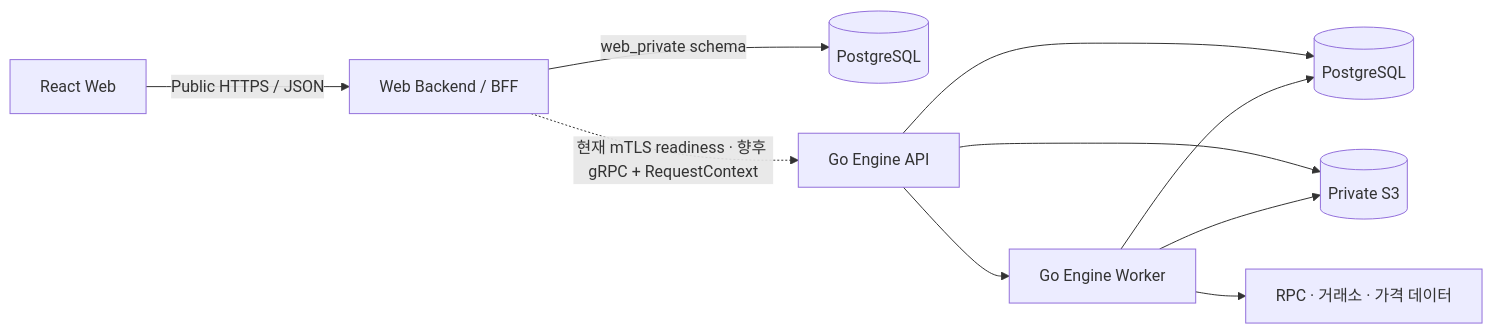
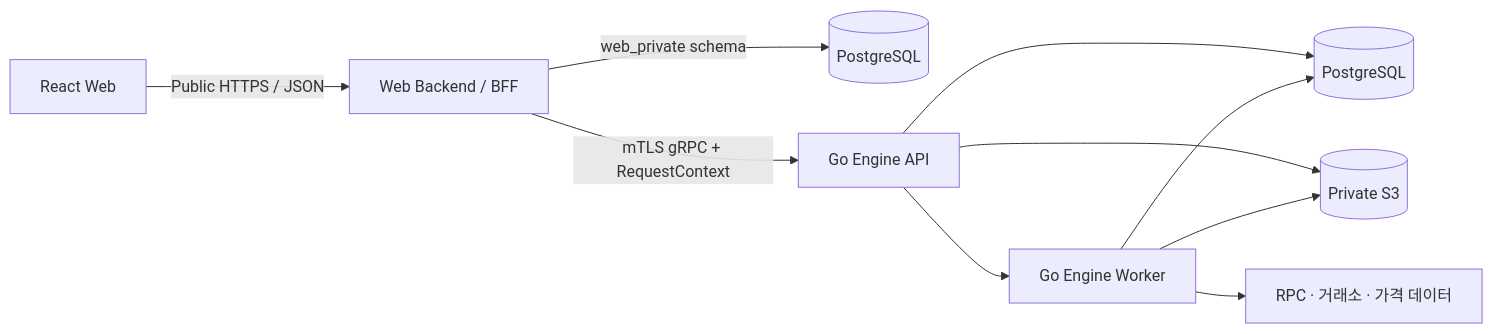
One commit to BackwardLabs/daejang changed the diagram in docs/00-web-app-technical-spec.md. Above: the diagram before and after it, drawn with Mermaid. The commit also changed other lines of this file and 36 other files, not shown here.

````diff
--- a/docs/00-web-app-technical-spec.md
+++ b/docs/00-web-app-technical-spec.md
@@ -47,12 +47,12 @@
 ```mermaid
 flowchart LR
   browser[React Web] -->|Public HTTPS / JSON| webApi[Web Backend / BFF]
   webApi -->|web_private schema| webDb[(PostgreSQL)]
-  webApi -.->|현재 mTLS readiness · 향후 gRPC + RequestContext| engineApi[Go Engine API]
+  webApi -->|mTLS gRPC + RequestContext| engineApi[Go Engine API]
   engineApi --> worker[Go Engine Worker]
   engineApi --> postgres[(PostgreSQL)]
   engineApi --> storage[(Private S3)]
   worker --> postgres
   worker --> storage
   worker --> external[RPC · 거래소 · 가격 데이터]
 ```
````
